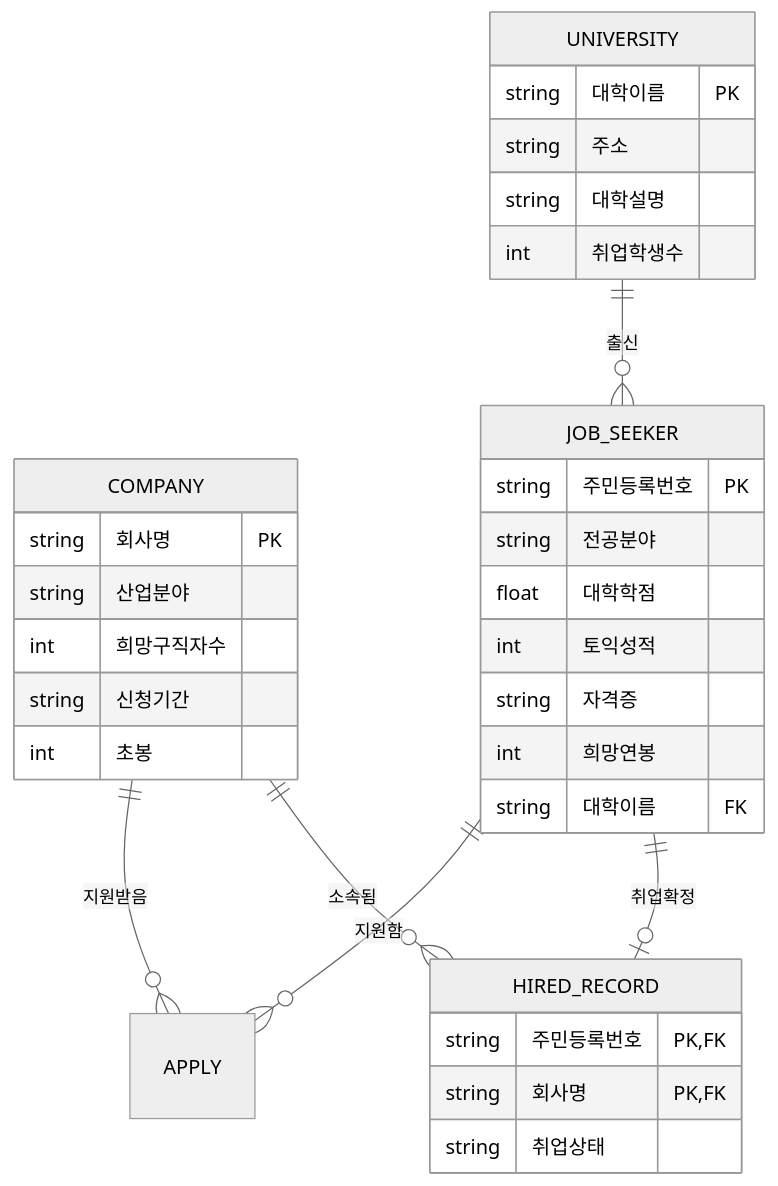
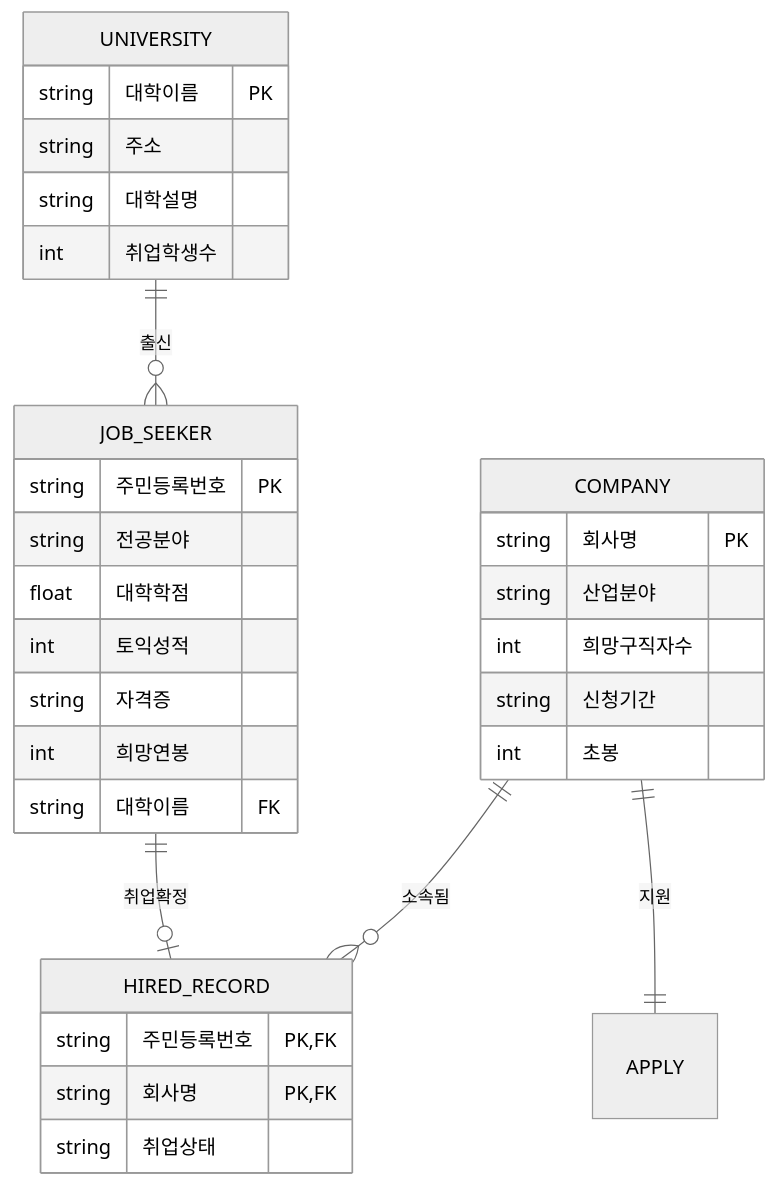
The first of 2 diagrams in er.md (JuneYoung-II/temp), drawn with Mermaid (neutral theme) before and after one commit.

````diff
--- a/er.md
+++ b/er.md
@@ -2,40 +2,39 @@
 ```mermaid
 erDiagram
+
     COMPANY {
         string 회사명 PK
         string 산업분야
         int 희망구직자수
         string 신청기간
         int 초봉
     }
     
     JOB_SEEKER {
         string 주민등록번호 PK
         string 전공분야
         float 대학학점
         int 토익성적
         string 자격증
         int 희망연봉
         string 대학이름 FK
     }
     
     UNIVERSITY {
         string 대학이름 PK
         string 주소
         string 대학설명
         int 취업학생수
     }
 
     HIRED_RECORD {
         string 주민등록번호 PK, FK
         string 회사명 PK, FK
         string 취업상태
     }
 
     UNIVERSITY ||--o{ JOB_SEEKER : "출신"
-    COMPANY ||--o{ APPLY : "지원받음"
-    JOB_SEEKER ||--o{ APPLY : "지원함"
-    
+    COMPANY ||--|| APPLY : "지원"
     JOB_SEEKER ||--o| HIRED_RECORD : "취업확정"
     COMPANY ||--o{ HIRED_RECORD : "소속됨"
 ```
````
